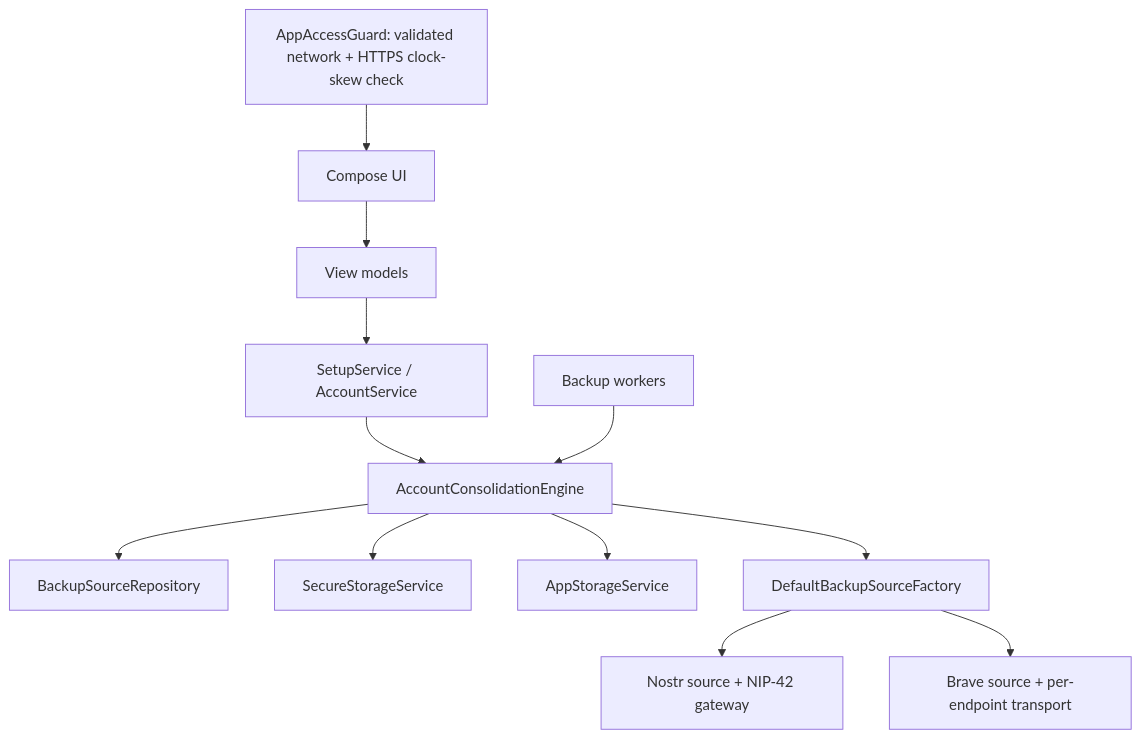
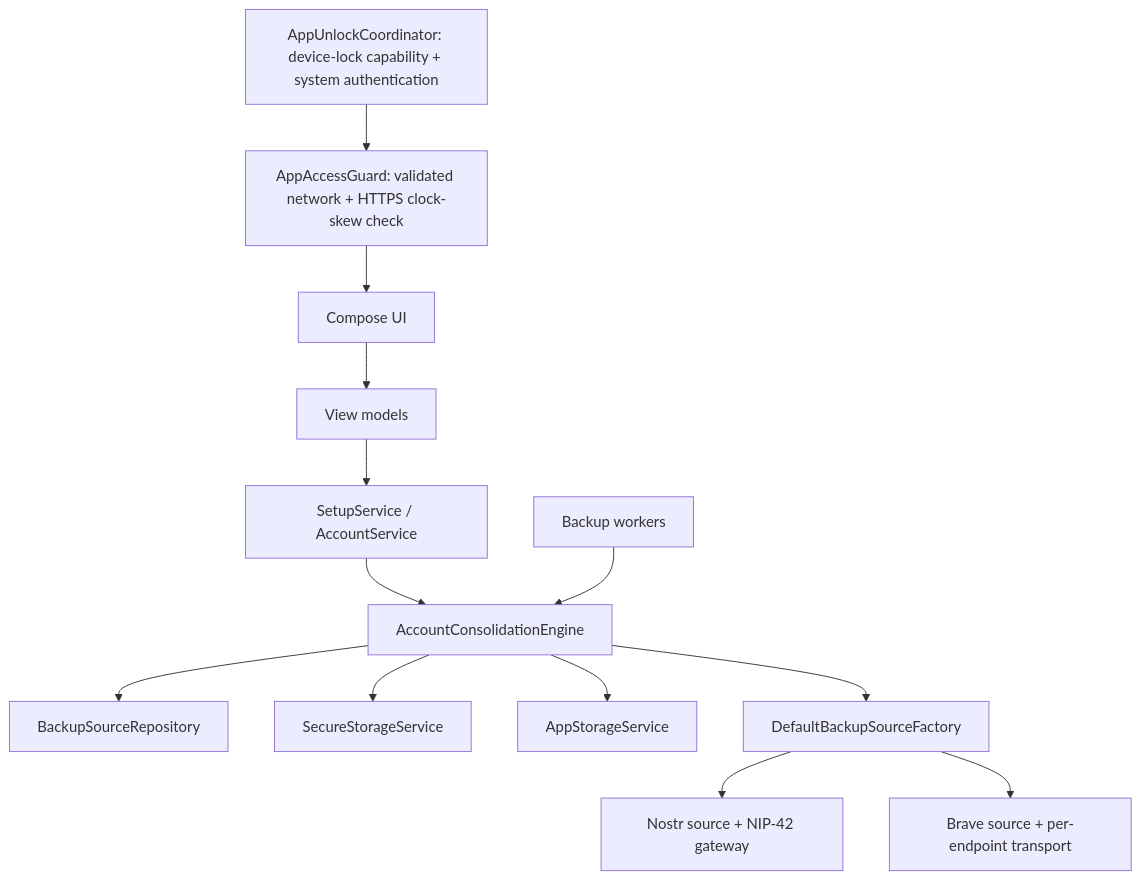
The diagram in docs/technical/architecture.md (ZenTenApp/vault-kotlin), drawn with Mermaid before and after one commit. The commit also changed other lines of this file and 19 other files, not shown here.

Commit message:
feat(auth): require device authentication and protect screenshots

````diff
--- a/docs/technical/architecture.md
+++ b/docs/technical/architecture.md
@@ -27,14 +27,15 @@
 ```mermaid
 flowchart TD
-    Guard[AppAccessGuard: validated network + HTTPS clock-skew check] --> UI[Compose UI]
+    Unlock[AppUnlockCoordinator: device-lock capability + system authentication] --> Guard[AppAccessGuard: validated network + HTTPS clock-skew check]
+    Guard --> UI[Compose UI]
     UI[Compose UI] --> VM[View models]
     VM --> Setup[SetupService / AccountService]
     Setup --> Engine[AccountConsolidationEngine]
     Workers[Backup workers] --> Engine
     Engine --> Repo[BackupSourceRepository]
     Engine --> Secure[SecureStorageService]
     Engine --> State[AppStorageService]
     Engine --> Factory[DefaultBackupSourceFactory]
     Factory --> Relay[Nostr source + NIP-42 gateway]
     Factory --> Brave[Brave source + per-endpoint transport]
 ```
````
